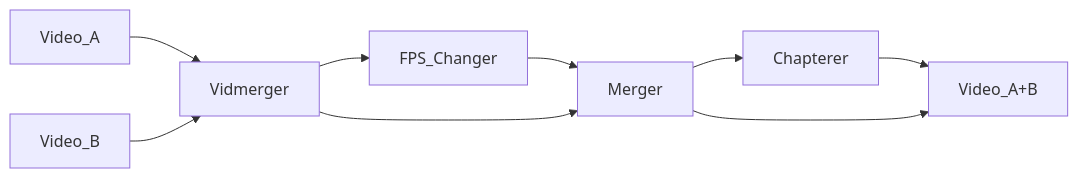
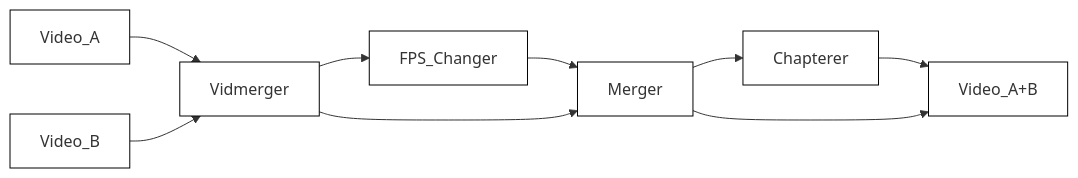
One commit to tgotwig/vidmerger changed the diagram in README.md. Above: the diagram before and after it, drawn with Mermaid.

Commit message:
📝 Set bg-color for mermaid rects to white

````diff
--- a/README.md
+++ b/README.md
@@ -8,12 +8,13 @@
 ```mermaid
+%%{init: {'themeVariables': { 'mainBkg': 'white', 'nodeBorder': 'black' }}}%%
 graph LR;
 Video_A-->Vidmerger;
 Video_B-->Vidmerger;
 Vidmerger-->FPS_Changer;
 FPS_Changer-->Merger;
 Merger-->Chapterer;
 Chapterer-->Video_A+B;
 
 Vidmerger-->Merger;
 Merger-->Video_A+B;
 ```
````
